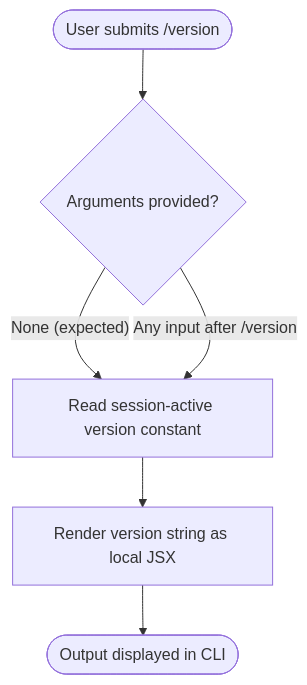
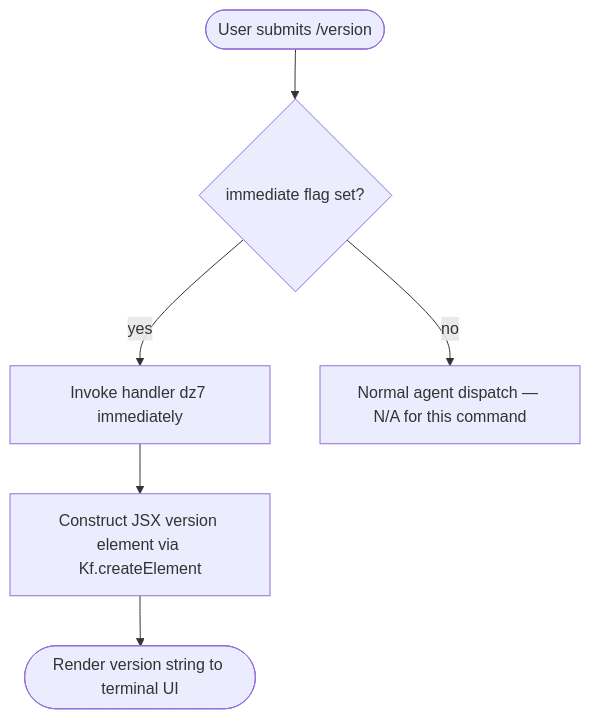
One commit to MyLittleLuckyDog/cc-gnothi changed the diagram in versions/v2.1.143/version.md. Above: the diagram before and after it, drawn with Mermaid. The commit also changed other lines of this file and 483 other files, not shown here.

````diff
--- a/versions/v2.1.143/version.md
+++ b/versions/v2.1.143/version.md
@@ -50,8 +56,8 @@
 ```mermaid
 flowchart TD
-    A([User submits /version]) --> B{Arguments provided?}
-    B -- "None (expected)" --> C[Read session-active version constant]
-    B -- "Any input after /version" --> C
-    C --> D[Render version string as local JSX]
-    D --> E([Output displayed in CLI])
+    A([User submits /version]) --> B{immediate flag set?}
+    B -- yes --> C[Invoke handler dz7 immediately]
+    B -- no --> D[Normal agent dispatch — N/A for this command]
+    C --> E[Construct JSX version element via Kf.createElement]
+    E --> F([Render version string to terminal UI])
 ```
````
